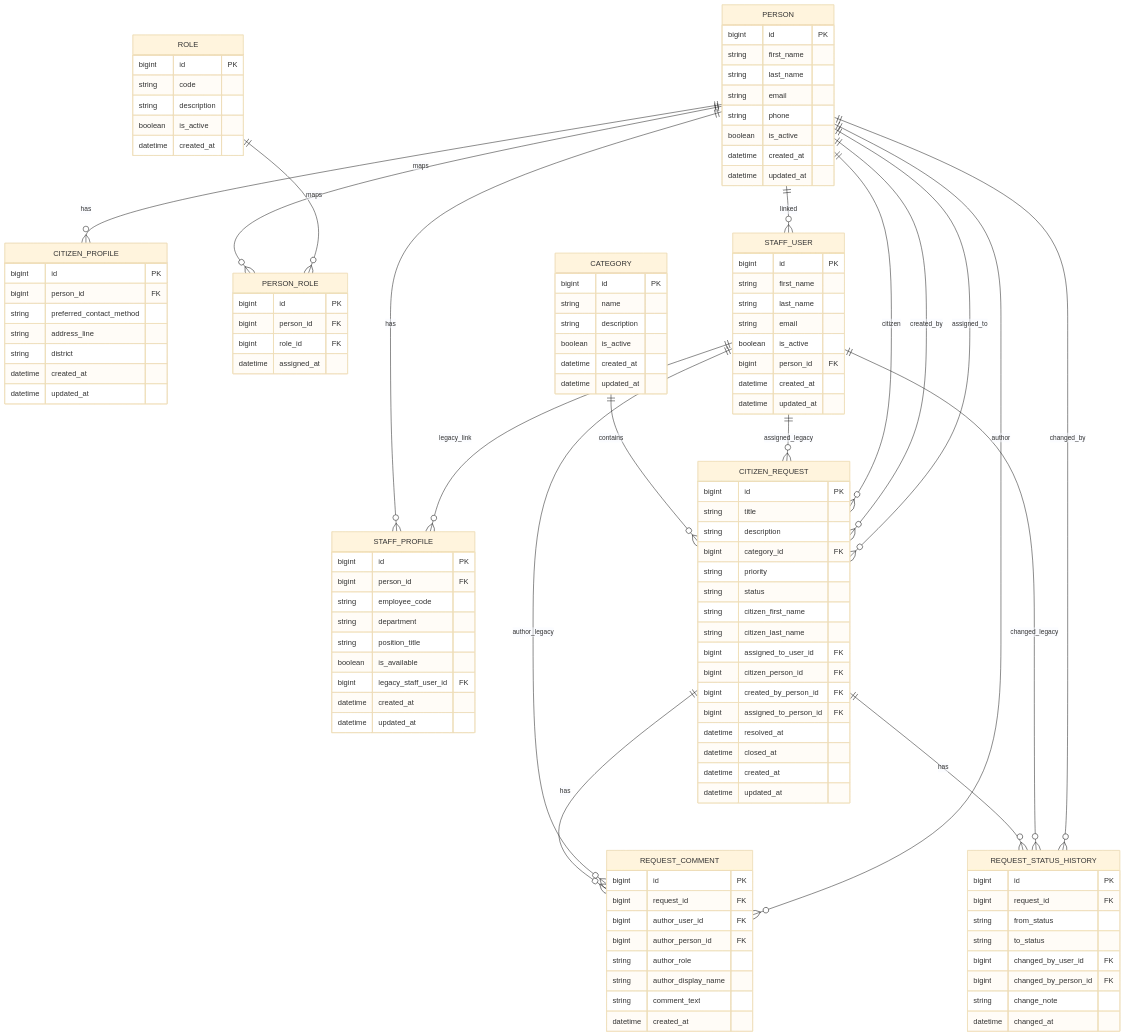
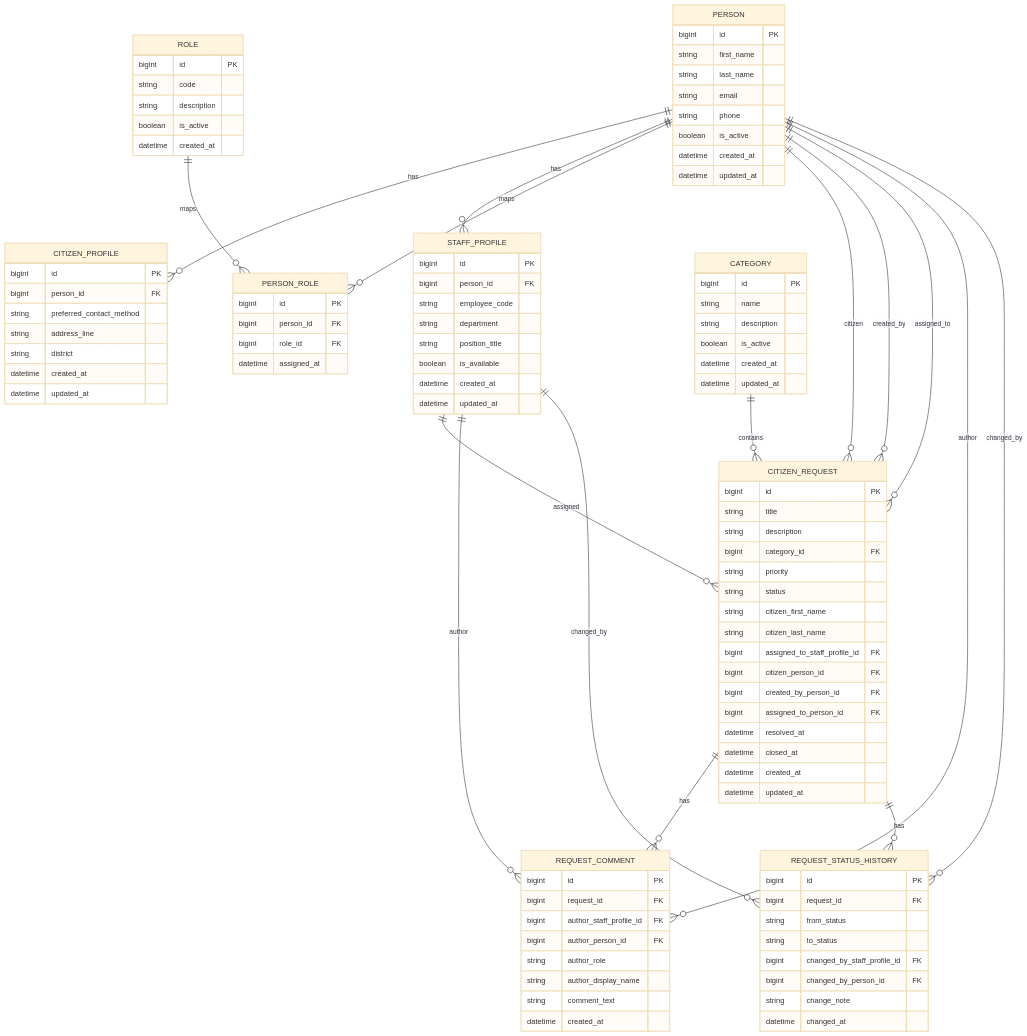
The diagram in README.md (andrii-kosmeniuk/citizen-managment-system), drawn with Mermaid (base theme) before and after one commit. The commit also changed other lines of this file and 32 other files, not shown here.

````diff
--- a/README.md
+++ b/README.md
@@ -216,7 +222,6 @@
         string department
         string position_title
         boolean is_available
-        bigint legacy_staff_user_id FK
         datetime created_at
         datetime updated_at
     }
@@ -234,17 +239,6 @@
         bigint person_id FK
         bigint role_id FK
         datetime assigned_at
-    }
-
-    STAFF_USER {
-        bigint id PK
-        string first_name
-        string last_name
-        string email
-        boolean is_active
-        bigint person_id FK
-        datetime created_at
-        datetime updated_at
     }
 
     CATEGORY {
@@ -265,7 +259,7 @@
         string status
         string citizen_first_name
         string citizen_last_name
-        bigint assigned_to_user_id FK
+        bigint assigned_to_staff_profile_id FK
         bigint citizen_person_id FK
         bigint created_by_person_id FK
         bigint assigned_to_person_id FK
@@ -278,7 +272,7 @@
     REQUEST_COMMENT {
         bigint id PK
         bigint request_id FK
-        bigint author_user_id FK
+        bigint author_staff_profile_id FK
         bigint author_person_id FK
         string author_role
         string author_display_name
@@ -291,7 +285,7 @@
         bigint request_id FK
         string from_status
         string to_status
-        bigint changed_by_user_id FK
+        bigint changed_by_staff_profile_id FK
         bigint changed_by_person_id FK
         string change_note
         datetime changed_at
@@ -302,20 +296,17 @@
     PERSON ||--o{ PERSON_ROLE : "maps"
     ROLE ||--o{ PERSON_ROLE : "maps"
 
-    PERSON ||--o{ STAFF_USER : "linked"
-    STAFF_USER ||--o{ STAFF_PROFILE : "legacy_link"
-
     CATEGORY ||--o{ CITIZEN_REQUEST : "contains"
-    STAFF_USER ||--o{ CITIZEN_REQUEST : "assigned_legacy"
+    STAFF_PROFILE ||--o{ CITIZEN_REQUEST : "assigned"
     PERSON ||--o{ CITIZEN_REQUEST : "citizen"
     PERSON ||--o{ CITIZEN_REQUEST : "created_by"
     PERSON ||--o{ CITIZEN_REQUEST : "assigned_to"
 
     CITIZEN_REQUEST ||--o{ REQUEST_COMMENT : "has"
-    STAFF_USER ||--o{ REQUEST_COMMENT : "author_legacy"
+    STAFF_PROFILE ||--o{ REQUEST_COMMENT : "author"
     PERSON ||--o{ REQUEST_COMMENT : "author"
 
     CITIZEN_REQUEST ||--o{ REQUEST_STATUS_HISTORY : "has"
-    STAFF_USER ||--o{ REQUEST_STATUS_HISTORY : "changed_legacy"
+    STAFF_PROFILE ||--o{ REQUEST_STATUS_HISTORY : "changed_by"
     PERSON ||--o{ REQUEST_STATUS_HISTORY : "changed_by"
 ```
````
